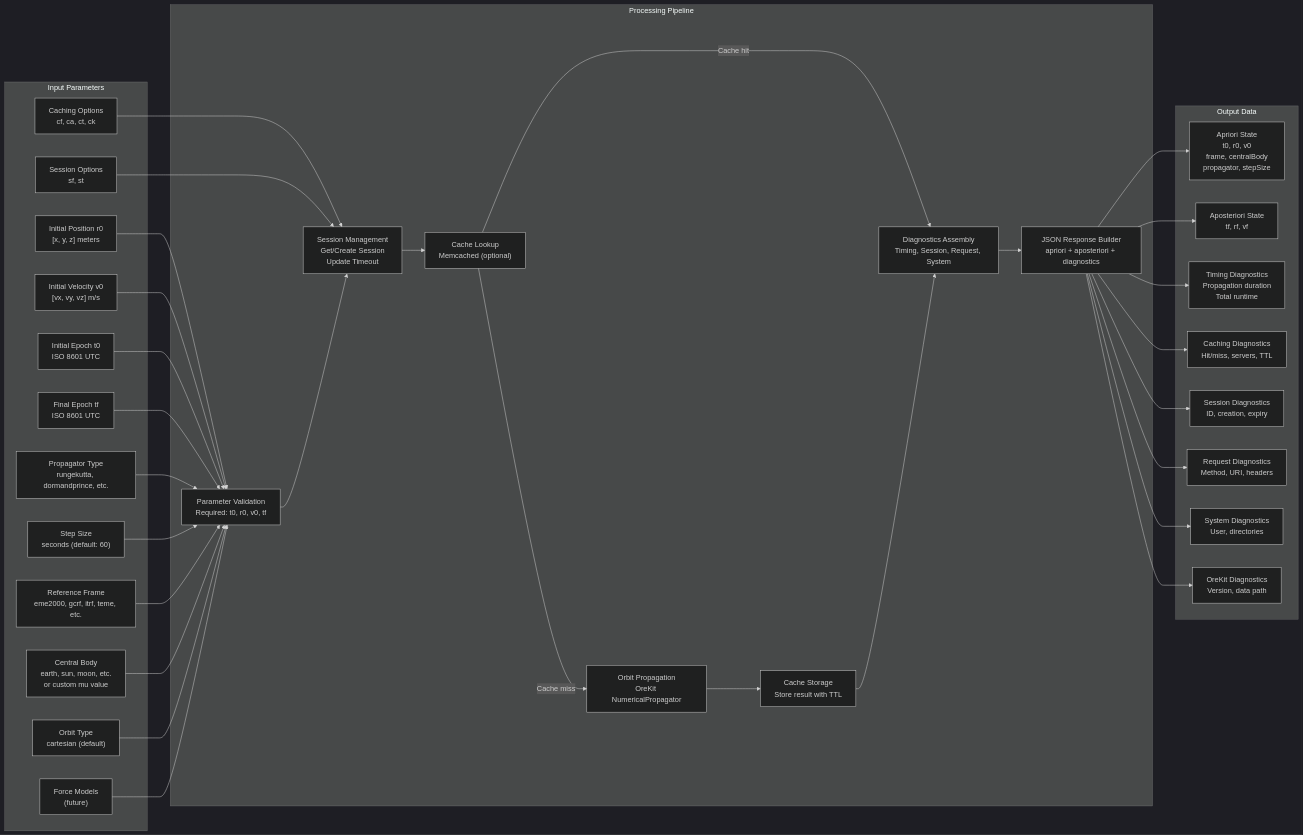
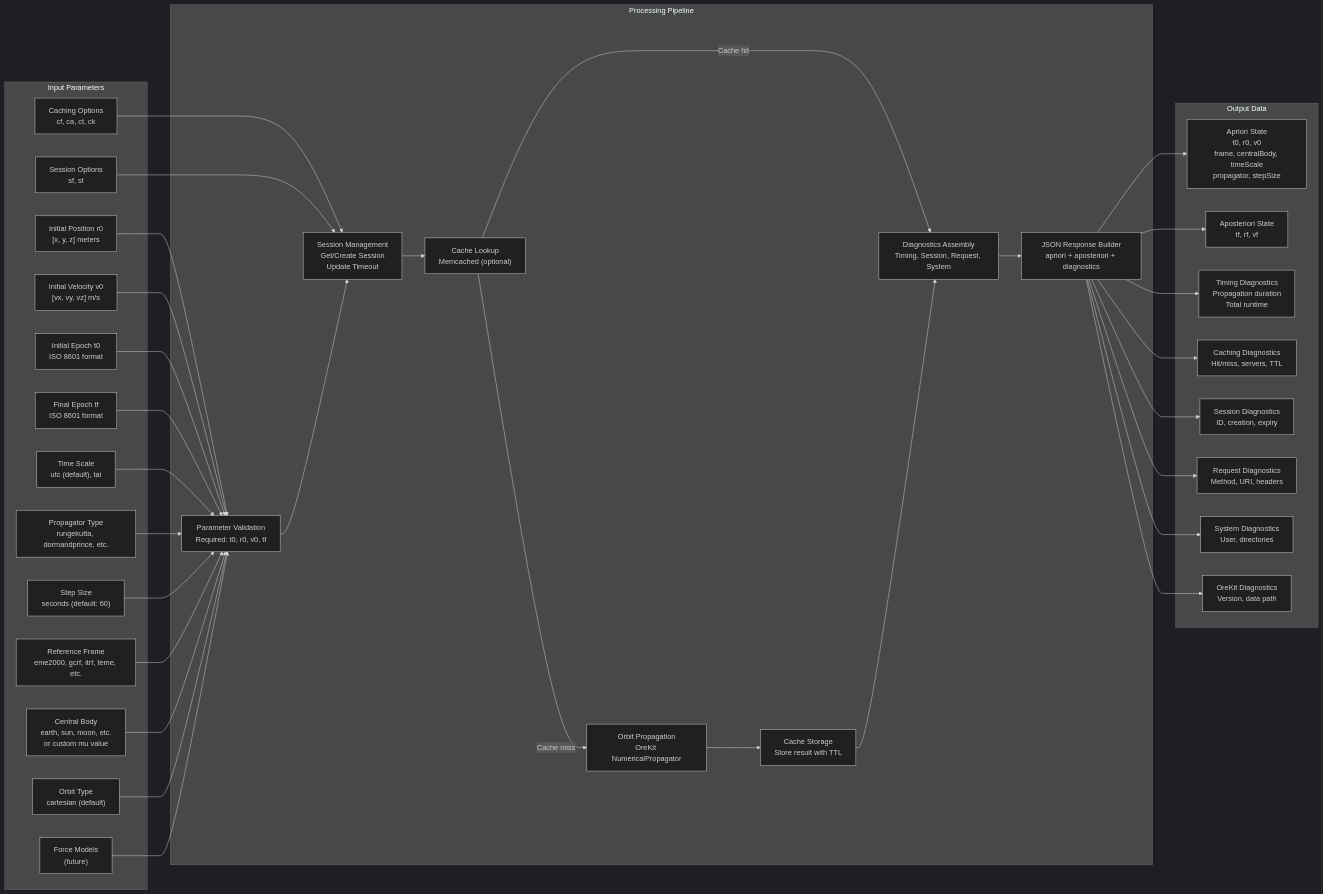
Before and after one commit to haisamido/SFDaaS: the fourth of 4 diagrams in docs/entity-relationship-diagram.md, drawn with Mermaid (dark theme). The commit also changed other lines of this file, not shown here.

First line of the commit message:
Updated ERD to document TimeScale implementation

````diff
--- a/docs/entity-relationship-diagram.md
+++ b/docs/entity-relationship-diagram.md
@@ -315,72 +328,74 @@
 ```mermaid
 flowchart LR
     subgraph Input["Input Parameters"]
         r0["Initial Position r0<br/>[x, y, z] meters"]
         v0["Initial Velocity v0<br/>[vx, vy, vz] m/s"]
-        t0["Initial Epoch t0<br/>ISO 8601 UTC"]
-        tf["Final Epoch tf<br/>ISO 8601 UTC"]
+        t0["Initial Epoch t0<br/>ISO 8601 format"]
+        tf["Final Epoch tf<br/>ISO 8601 format"]
+        timeScale["Time Scale<br/>utc (default), tai"]
         propagatorType["Propagator Type<br/>rungekutta, dormandprince, etc."]
         stepSize["Step Size<br/>seconds (default: 60)"]
         frameType["Reference Frame<br/>eme2000, gcrf, itrf, teme, etc."]
         centralBody["Central Body<br/>earth, sun, moon, etc.<br/>or custom mu value"]
         orbitType["Orbit Type<br/>cartesian (default)"]
         forceModels["Force Models<br/>(future)"]
         caching["Caching Options<br/>cf, ca, ct, ck"]
         session["Session Options<br/>sf, st"]
     end
 
     subgraph Processing["Processing Pipeline"]
         validation["Parameter Validation<br/>Required: t0, r0, v0, tf"]
         sessionMgmt["Session Management<br/>Get/Create Session<br/>Update Timeout"]
         cacheCheck["Cache Lookup<br/>Memcached (optional)"]
         propagation["Orbit Propagation<br/>OreKit NumericalPropagator"]
         cacheStore["Cache Storage<br/>Store result with TTL"]
         diagnostics["Diagnostics Assembly<br/>Timing, Session, Request, System"]
         jsonFormat["JSON Response Builder<br/>apriori + aposteriori + diagnostics"]
     end
 
     subgraph Output["Output Data"]
-        apriori["Apriori State<br/>t0, r0, v0<br/>frame, centralBody<br/>propagator, stepSize"]
+        apriori["Apriori State<br/>t0, r0, v0<br/>frame, centralBody, timeScale<br/>propagator, stepSize"]
         aposteriori["Aposteriori State<br/>tf, rf, vf"]
         diagTiming["Timing Diagnostics<br/>Propagation duration<br/>Total runtime"]
         diagCaching["Caching Diagnostics<br/>Hit/miss, servers, TTL"]
         diagSession["Session Diagnostics<br/>ID, creation, expiry"]
         diagRequest["Request Diagnostics<br/>Method, URI, headers"]
         diagSystem["System Diagnostics<br/>User, directories"]
         diagOreKit["OreKit Diagnostics<br/>Version, data path"]
     end
 
     r0 --> validation
     v0 --> validation
     t0 --> validation
     tf --> validation
+    timeScale --> validation
     propagatorType --> validation
     stepSize --> validation
     frameType --> validation
     centralBody --> validation
     orbitType --> validation
     forceModels --> validation
 
     caching --> sessionMgmt
     session --> sessionMgmt
 
     validation --> sessionMgmt
     sessionMgmt --> cacheCheck
 
     cacheCheck -->|Cache miss| propagation
     cacheCheck -->|Cache hit| diagnostics
 
     propagation --> cacheStore
     cacheStore --> diagnostics
 
     diagnostics --> jsonFormat
 
     jsonFormat --> apriori
     jsonFormat --> aposteriori
     jsonFormat --> diagTiming
     jsonFormat --> diagCaching
     jsonFormat --> diagSession
     jsonFormat --> diagRequest
     jsonFormat --> diagSystem
     jsonFormat --> diagOreKit
 ```
````
